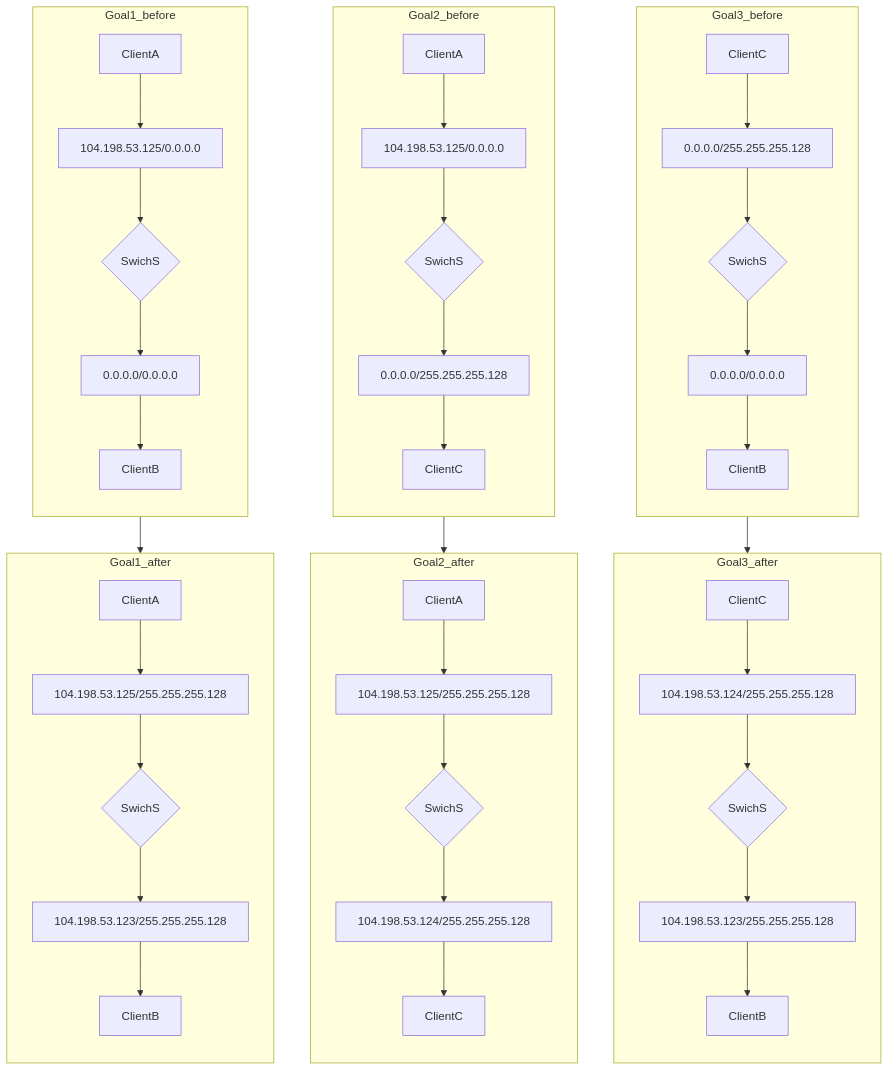
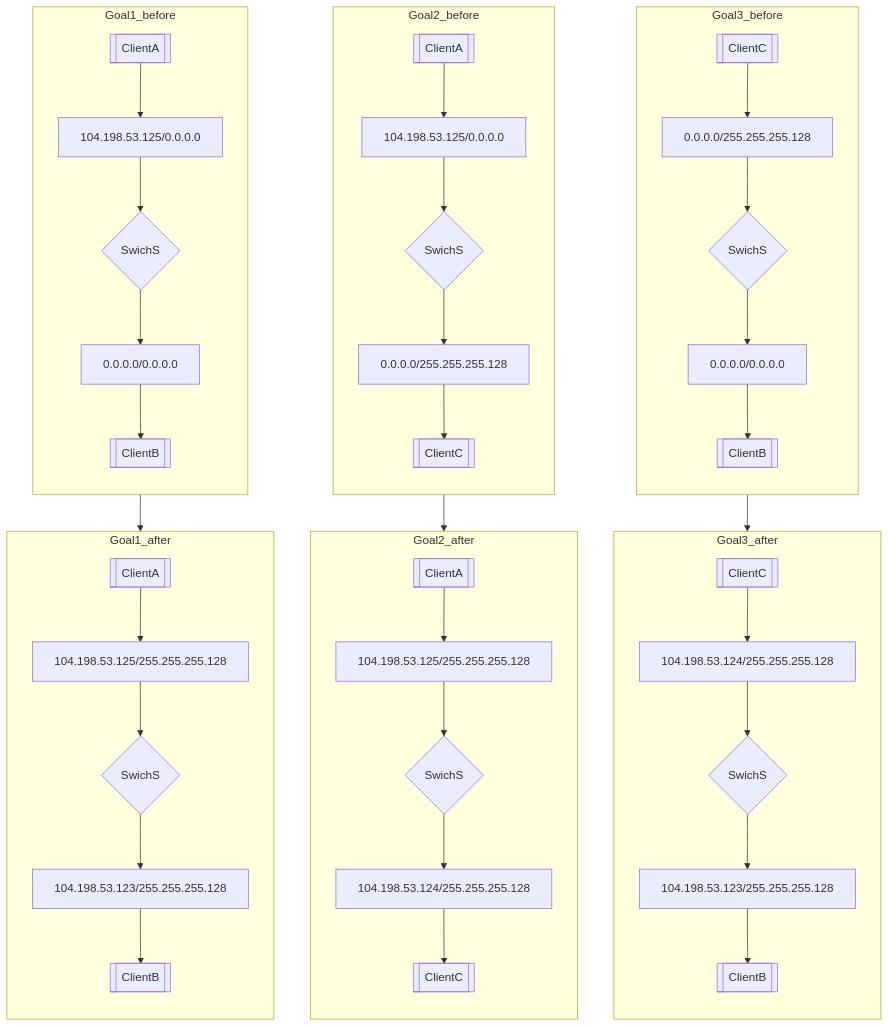
Before and after one commit to rikeda-cloud/net_practice: the second of 2 diagrams in level3.md, drawn with Mermaid. The commit also changed other lines of this file and 6 other files, not shown here.

````diff
--- a/level3.md
+++ b/level3.md
@@ -34,66 +34,66 @@
 ```mermaid
 flowchart
 Goal3_before-->Goal3_after
 subgraph Goal3_before
     direction TB
-    G3_BE_CL_C[ClientC]
-    G3_BE_CL_B[ClientB]
+    G3_BE_CL_C[[ClientC]]
+    G3_BE_CL_B[[ClientB]]
     G3_BE_IF_C[0.0.0.0/255.255.255.128]
     G3_BE_IF_B[0.0.0.0/0.0.0.0]
     G3_BE_S{SwichS}
     G3_BE_CL_C-->G3_BE_IF_C-->G3_BE_S-->G3_BE_IF_B-->G3_BE_CL_B
 end
 
 subgraph Goal3_after
     direction TB
-    G3_AF_CL_C[ClientC]
-    G3_AF_CL_B[ClientB]
+    G3_AF_CL_C[[ClientC]]
+    G3_AF_CL_B[[ClientB]]
     G3_AF_IF_C[104.198.53.124/255.255.255.128]
     G3_AF_IF_B[104.198.53.123/255.255.255.128]
     G3_AF_S{SwichS}
     G3_AF_CL_C-->G3_AF_IF_C-->G3_AF_S-->G3_AF_IF_B-->G3_AF_CL_B
 end
 
 Goal2_before-->Goal2_after
 subgraph Goal2_before
     direction TB
-    G2_BE_CL_A[ClientA]
-    G2_BE_CL_C[ClientC]
+    G2_BE_CL_A[[ClientA]]
+    G2_BE_CL_C[[ClientC]]
     G2_BE_IF_A[104.198.53.125/0.0.0.0]
     G2_BE_IF_C[0.0.0.0/255.255.255.128]
     G2_BE_S{SwichS}
     G2_BE_CL_A-->G2_BE_IF_A-->G2_BE_S-->G2_BE_IF_C-->G2_BE_CL_C
 end
 
 subgraph Goal2_after
     direction TB
-    G2_AF_CL_A[ClientA]
-    G2_AF_CL_C[ClientC]
+    G2_AF_CL_A[[ClientA]]
+    G2_AF_CL_C[[ClientC]]
     G2_AF_IF_A[104.198.53.125/255.255.255.128]
     G2_AF_IF_C[104.198.53.124/255.255.255.128]
     G2_AF_S{SwichS}
     G2_AF_CL_A-->G2_AF_IF_A-->G2_AF_S-->G2_AF_IF_C-->G2_AF_CL_C
 end
 
 
 Goal1_before-->Goal1_after
 subgraph Goal1_before
     direction TB
-    G1_BE_CL_A[ClientA]
-    G1_BE_CL_B[ClientB]
+    G1_BE_CL_A[[ClientA]]
+    G1_BE_CL_B[[ClientB]]
     G1_BE_IF_A[104.198.53.125/0.0.0.0]
     G1_BE_IF_B[0.0.0.0/0.0.0.0]
     G1_BE_S{SwichS}
     G1_BE_CL_A-->G1_BE_IF_A-->G1_BE_S-->G1_BE_IF_B-->G1_BE_CL_B
 end
 
 subgraph Goal1_after
     direction TB
-    G1_AF_CL_A[ClientA]
-    G1_AF_CL_B[ClientB]
+    G1_AF_CL_A[[ClientA]]
+    G1_AF_CL_B[[ClientB]]
     G1_AF_IF_A[104.198.53.125/255.255.255.128]
     G1_AF_IF_B[104.198.53.123/255.255.255.128]
     G1_AF_S{SwichS}
     G1_AF_CL_A-->G1_AF_IF_A-->G1_AF_S-->G1_AF_IF_B-->G1_AF_CL_B
 end
 ```
````
